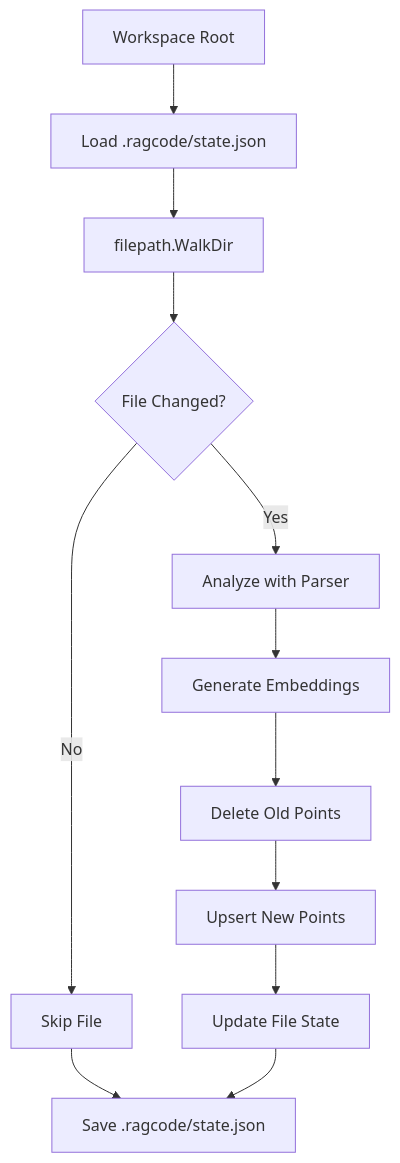
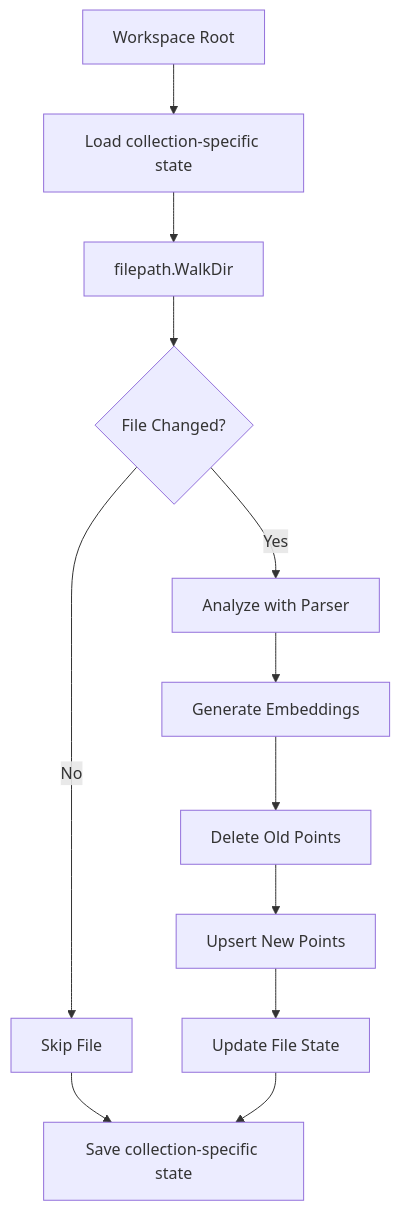
Before and after one commit to doITmagic/rag-code-mcp: the diagram in pkg/indexer/README.md, drawn with Mermaid. The commit also changed other lines of this file and 9 other files, not shown here.

````diff
--- a/pkg/indexer/README.md
+++ b/pkg/indexer/README.md
@@ -18,13 +20,13 @@
 ```mermaid
 graph TD
-    A[Workspace Root] --> B[Load .ragcode/state.json]
+    A[Workspace Root] --> B[Load collection-specific state]
     B --> C[filepath.WalkDir]
     C --> D{File Changed?}
     D -- No --> E[Skip File]
     D -- Yes --> F[Analyze with Parser]
     F --> G[Generate Embeddings]
     G --> H[Delete Old Points]
     H --> I[Upsert New Points]
     I --> J[Update File State]
-    E & J --> K[Save .ragcode/state.json]
+    E & J --> K[Save collection-specific state]
 ```
````
